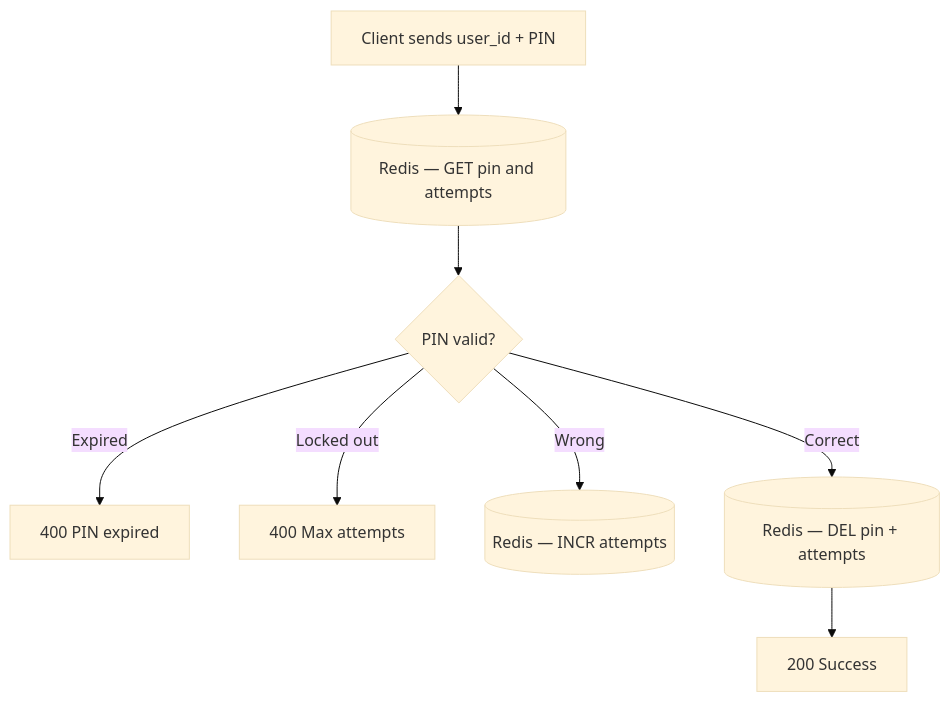
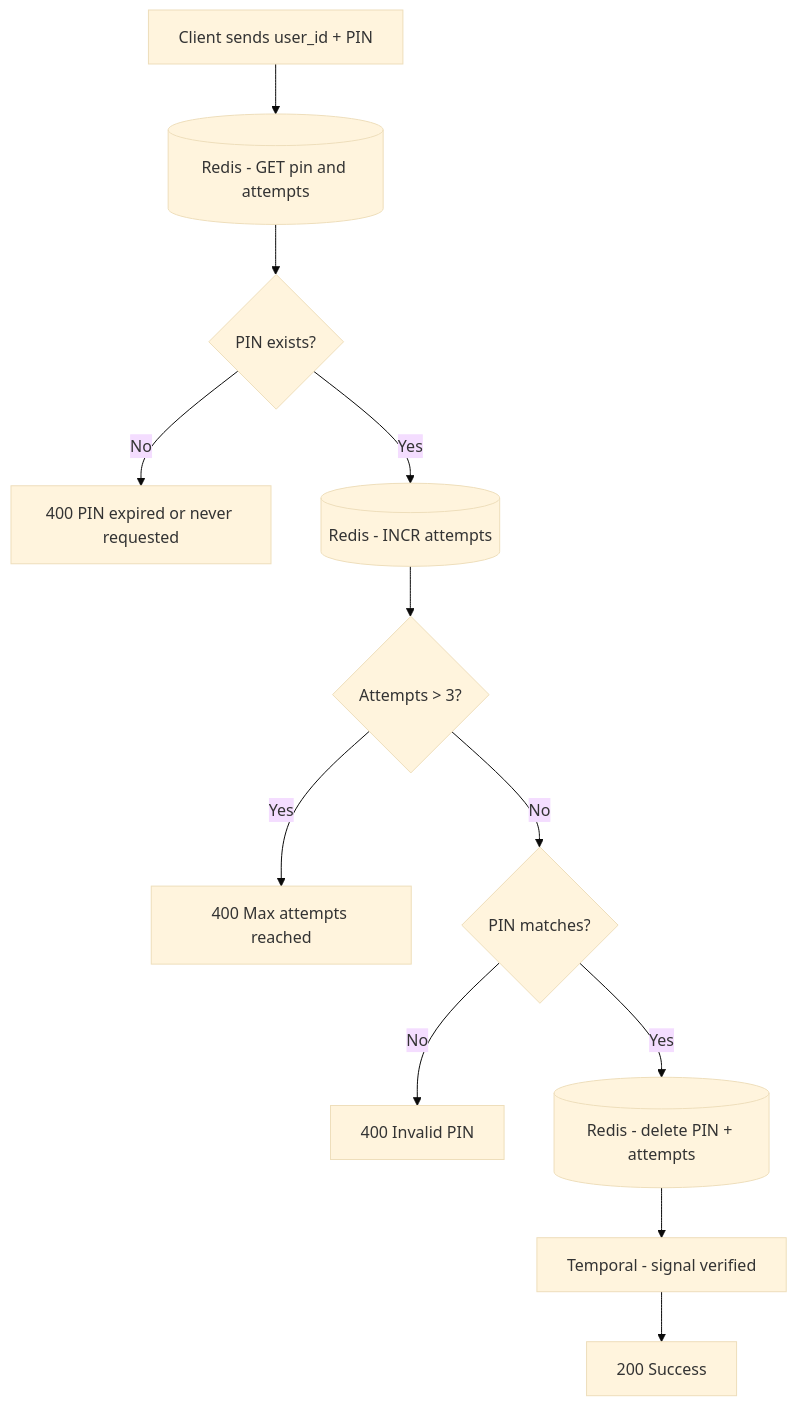
Before and after one commit to muhammadhussnainsaeed/bootcamp-2026-mfa-gate: the third of 5 diagrams in docs/architecture.md, drawn with Mermaid (base theme). The commit also changed other lines of this file and 3 other files, not shown here.

````diff
--- a/docs/architecture.md
+++ b/docs/architecture.md
@@ -55,10 +56,14 @@
 ```mermaid
 flowchart TD
-    S1[Client sends user_id + PIN] --> S2[(Redis — GET pin and attempts)]
-    S2 --> S3{PIN valid?}
-    S3 -- Expired --> S4[400 PIN expired]
-    S3 -- Locked out --> S5[400 Max attempts]
-    S3 -- Wrong --> S6[(Redis — INCR attempts)]
-    S3 -- Correct --> S7[(Redis — DEL pin + attempts)]
-    S7 --> S8[200 Success]
+    S1[Client sends user_id + PIN] --> S2[(Redis - GET pin and attempts)]
+    S2 --> S3{PIN exists?}
+    S3 -- No --> S4[400 PIN expired or never requested]
+    S3 -- Yes --> S5[(Redis - INCR attempts)]
+    S5 --> S6{Attempts > 3?}
+    S6 -- Yes --> S7[400 Max attempts reached]
+    S6 -- No --> S8{PIN matches?}
+    S8 -- No --> S9[400 Invalid PIN]
+    S8 -- Yes --> S10[(Redis - delete PIN + attempts)]
+    S10 --> S11[Temporal - signal verified]
+    S11 --> S12[200 Success]
 ```
````
